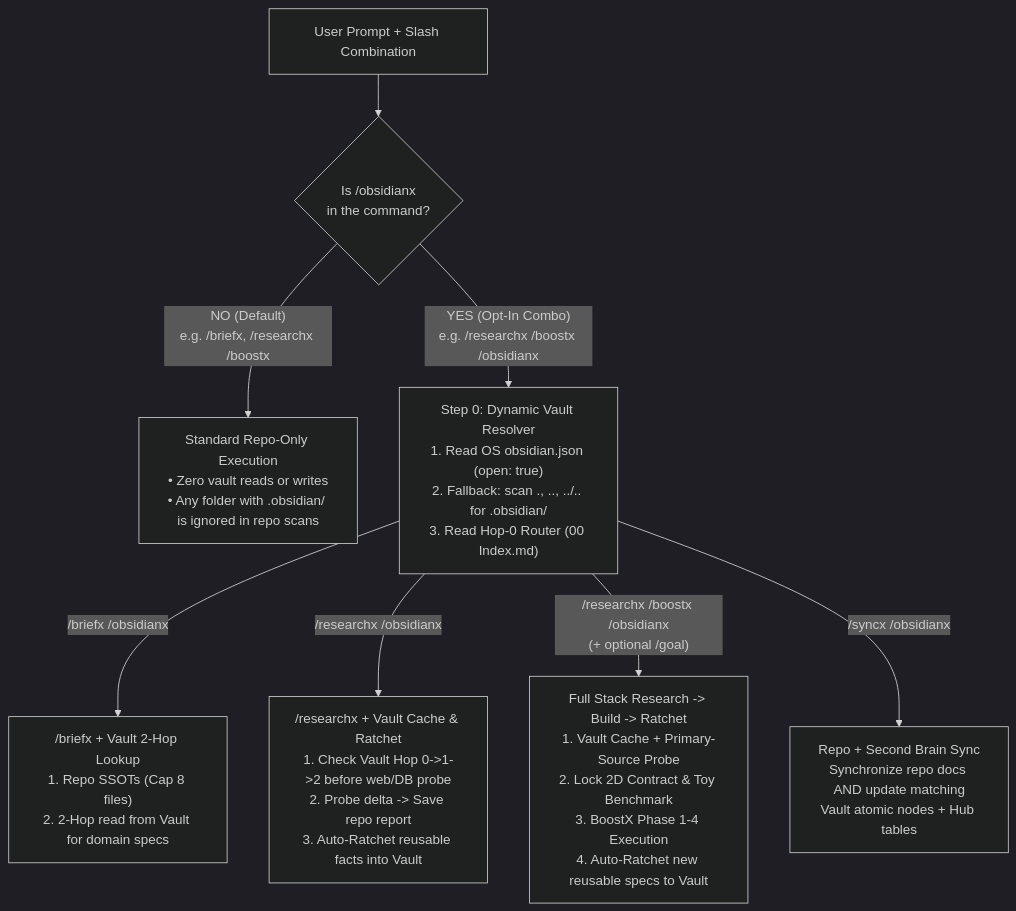
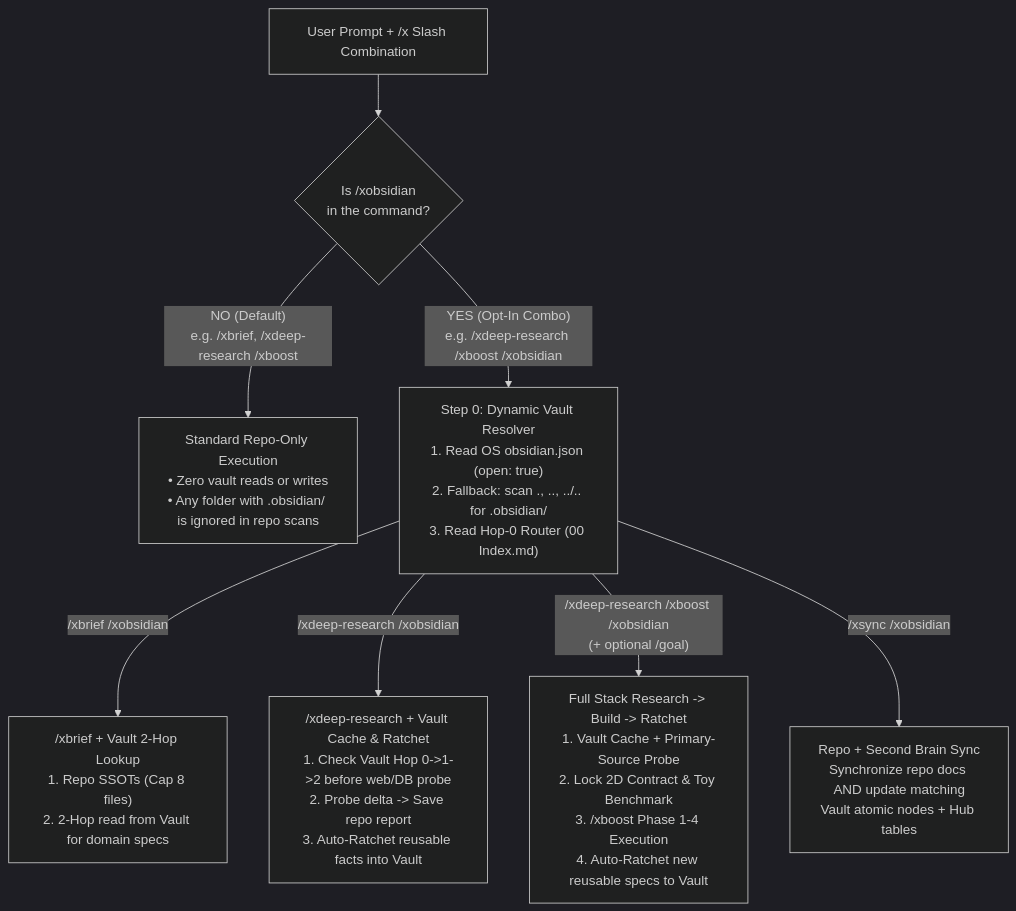
Before and after one commit to iscvlab/boostx: the second of 2 diagrams in README.md, drawn with Mermaid (dark theme). The commit also changed other lines of this file and 58 other files, not shown here.

Commit message:
feat(v3.2.0): migrate 13-skill suite to /x* prefix & unify /xdeep-research

````diff
--- a/README.md
+++ b/README.md
@@ -100,10 +98,10 @@
 ```mermaid
 flowchart TD
-    Prompt["User Prompt + Slash Combination"] --> Gate{"Is /obsidianx<br>in the command?"}
-    Gate -->|"NO (Default)<br>e.g. /briefx, /researchx /boostx"| NoVault["Standard Repo-Only Execution<br>• Zero vault reads or writes<br>• Any folder with .obsidian/ is ignored in repo scans"]
-    Gate -->|"YES (Opt-In Combo)<br>e.g. /researchx /boostx /obsidianx"| Resolve["Step 0: Dynamic Vault Resolver<br>1. Read OS obsidian.json (open: true)<br>2. Fallback: scan ., .., ../.. for .obsidian/<br>3. Read Hop-0 Router (00 Index.md)"]
-    Resolve -->|"/briefx /obsidianx"| BriefCombo["/briefx + Vault 2-Hop Lookup<br>1. Repo SSOTs (Cap 8 files)<br>2. 2-Hop read from Vault for domain specs"]
-    Resolve -->|"/researchx /obsidianx"| ResCombo["/researchx + Vault Cache & Ratchet<br>1. Check Vault Hop 0->1->2 before web/DB probe<br>2. Probe delta -> Save repo report<br>3. Auto-Ratchet reusable facts into Vault"]
-    Resolve -->|"/researchx /boostx /obsidianx<br>(+ optional /goal)"| BoostCombo["Full Stack Research -> Build -> Ratchet<br>1. Vault Cache + Primary-Source Probe<br>2. Lock 2D Contract & Toy Benchmark<br>3. BoostX Phase 1-4 Execution<br>4. Auto-Ratchet new reusable specs to Vault"]
-    Resolve -->|"/syncx /obsidianx"| SyncCombo["Repo + Second Brain Sync<br>Synchronize repo docs AND update matching<br>Vault atomic nodes + Hub tables"]
+    Prompt["User Prompt + /x Slash Combination"] --> Gate{"Is /xobsidian<br>in the command?"}
+    Gate -->|"NO (Default)<br>e.g. /xbrief, /xdeep-research /xboost"| NoVault["Standard Repo-Only Execution<br>• Zero vault reads or writes<br>• Any folder with .obsidian/ is ignored in repo scans"]
+    Gate -->|"YES (Opt-In Combo)<br>e.g. /xdeep-research /xboost /xobsidian"| Resolve["Step 0: Dynamic Vault Resolver<br>1. Read OS obsidian.json (open: true)<br>2. Fallback: scan ., .., ../.. for .obsidian/<br>3. Read Hop-0 Router (00 Index.md)"]
+    Resolve -->|"/xbrief /xobsidian"| BriefCombo["/xbrief + Vault 2-Hop Lookup<br>1. Repo SSOTs (Cap 8 files)<br>2. 2-Hop read from Vault for domain specs"]
+    Resolve -->|"/xdeep-research /xobsidian"| ResCombo["/xdeep-research + Vault Cache & Ratchet<br>1. Check Vault Hop 0->1->2 before web/DB probe<br>2. Probe delta -> Save repo report<br>3. Auto-Ratchet reusable facts into Vault"]
+    Resolve -->|"/xdeep-research /xboost /xobsidian<br>(+ optional /goal)"| BoostCombo["Full Stack Research -> Build -> Ratchet<br>1. Vault Cache + Primary-Source Probe<br>2. Lock 2D Contract & Toy Benchmark<br>3. /xboost Phase 1-4 Execution<br>4. Auto-Ratchet new reusable specs to Vault"]
+    Resolve -->|"/xsync /xobsidian"| SyncCombo["Repo + Second Brain Sync<br>Synchronize repo docs AND update matching<br>Vault atomic nodes + Hub tables"]
 ```
````
